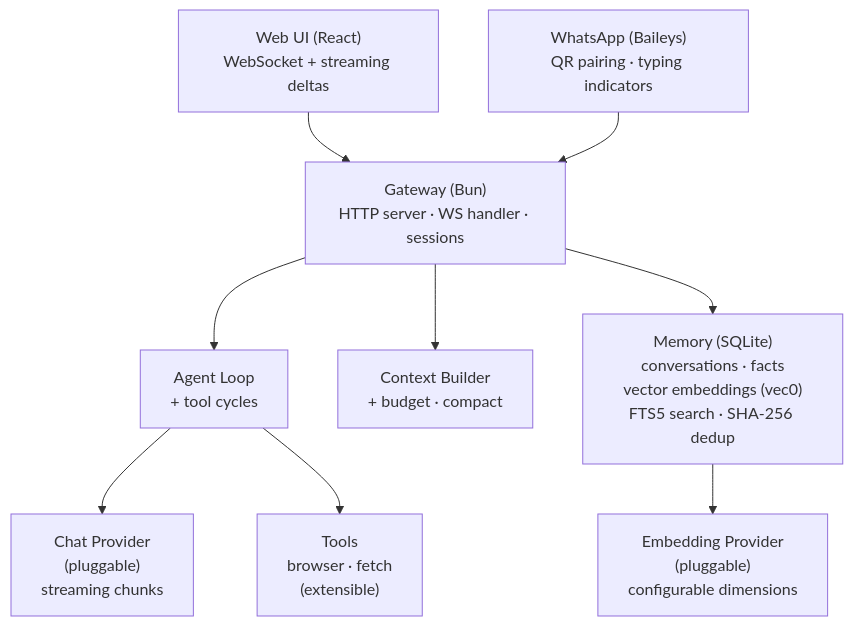
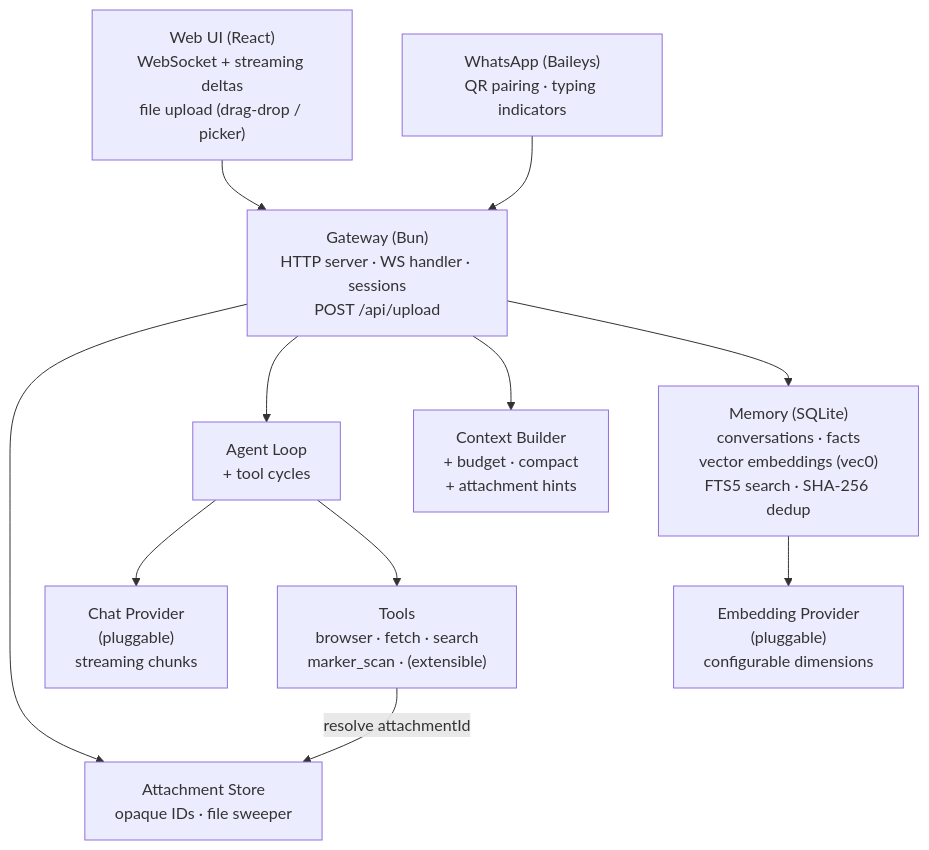
One commit to maziarzamani/spaceduck changed the first of 2 diagrams in README.md. Above: the diagram before and after it, drawn with Mermaid. The commit also changed other lines of this file and 26 other files, not shown here.

First line of the commit message:
feat: add PDF document scanning via Marker and file upload infrastructure

````diff
--- a/README.md
+++ b/README.md
@@ -138,21 +141,24 @@
 ```mermaid
 graph TD
-    UI["Web UI (React)<br/>WebSocket + streaming deltas"]
+    UI["Web UI (React)<br/>WebSocket + streaming deltas<br/>file upload (drag-drop / picker)"]
     WA["WhatsApp (Baileys)<br/>QR pairing · typing indicators"]
-    GW["Gateway (Bun)<br/>HTTP server · WS handler · sessions"]
+    GW["Gateway (Bun)<br/>HTTP server · WS handler · sessions<br/>POST /api/upload"]
+    AS["Attachment Store<br/>opaque IDs · file sweeper"]
     AL["Agent Loop<br/>+ tool cycles"]
-    CB["Context Builder<br/>+ budget · compact"]
+    CB["Context Builder<br/>+ budget · compact<br/>+ attachment hints"]
     MEM["Memory (SQLite)<br/>conversations · facts<br/>vector embeddings (vec0)<br/>FTS5 search · SHA-256 dedup"]
     CP["Chat Provider<br/>(pluggable)<br/>streaming chunks"]
     EP["Embedding Provider<br/>(pluggable)<br/>configurable dimensions"]
-    TOOLS["Tools<br/>browser · fetch<br/>(extensible)"]
+    TOOLS["Tools<br/>browser · fetch · search<br/>marker_scan · (extensible)"]
 
     UI --> GW
     WA --> GW
+    GW --> AS
     GW --> AL
     GW --> CB
     GW --> MEM
     AL --> CP
     AL --> TOOLS
+    TOOLS -->|"resolve attachmentId"| AS
     MEM --> EP
 ```
````
